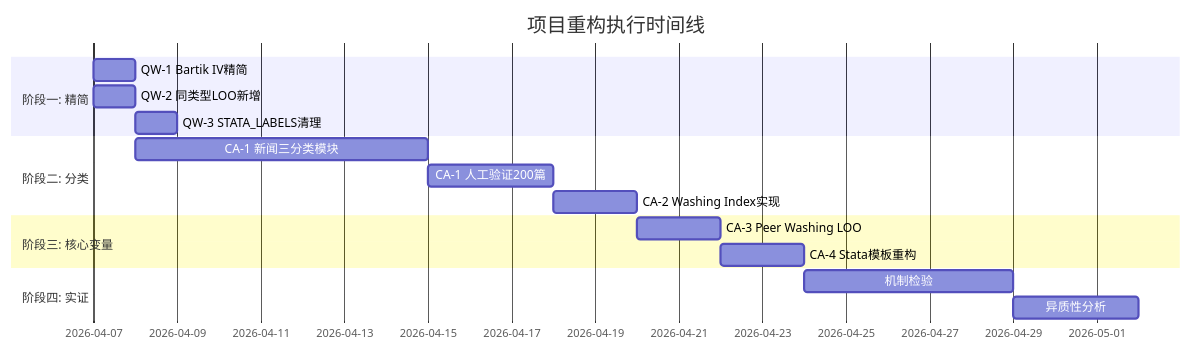
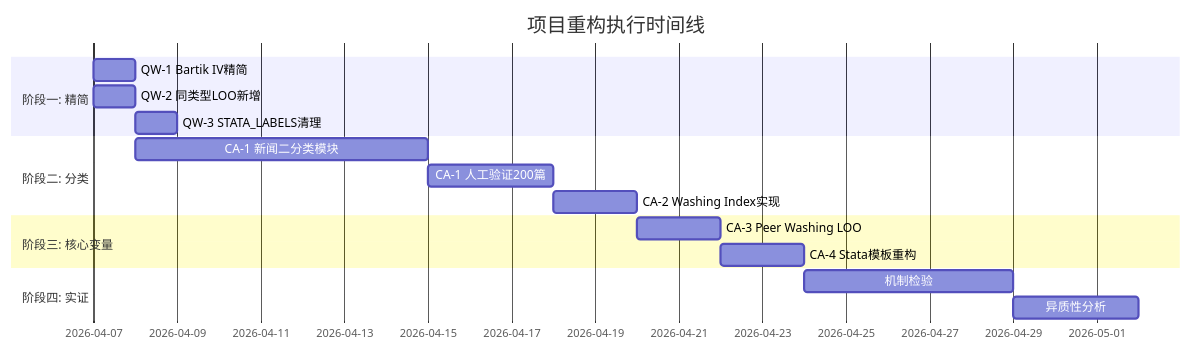
The diagram in news_process/docs/paper/pianlv_caizhen_execution_plan.md (lizhenbimsa/data_antigravity_project), drawn with Mermaid before and after one commit. The commit also changed other lines of this file and 7 other files, not shown here.

````diff
--- a/news_process/docs/paper/pianlv_caizhen_execution_plan.md
+++ b/news_process/docs/paper/pianlv_caizhen_execution_plan.md
@@ -467,19 +467,19 @@
 ```mermaid
 gantt
     title 项目重构执行时间线
     dateFormat  YYYY-MM-DD
     section 阶段一: 精简
     QW-1 Bartik IV精简           :a1, 2026-04-07, 1d
     QW-2 同类型LOO新增            :a2, 2026-04-07, 1d
     QW-3 STATA_LABELS清理         :a3, after a1, 1d
     section 阶段二: 分类
-    CA-1 新闻三分类模块            :b1, 2026-04-08, 7d
+    CA-1 新闻二分类模块            :b1, 2026-04-08, 7d
     CA-1 人工验证200篇            :b2, after b1, 3d
     CA-2 Washing Index实现        :b3, after b2, 2d
     section 阶段三: 核心变量
     CA-3 Peer Washing LOO         :c1, after b3, 2d
     CA-4 Stata模板重构            :c2, after c1, 2d
     section 阶段四: 实证
     机制检验                      :d1, after c2, 5d
     异质性分析                    :d2, after d1, 3d
 ```
````
